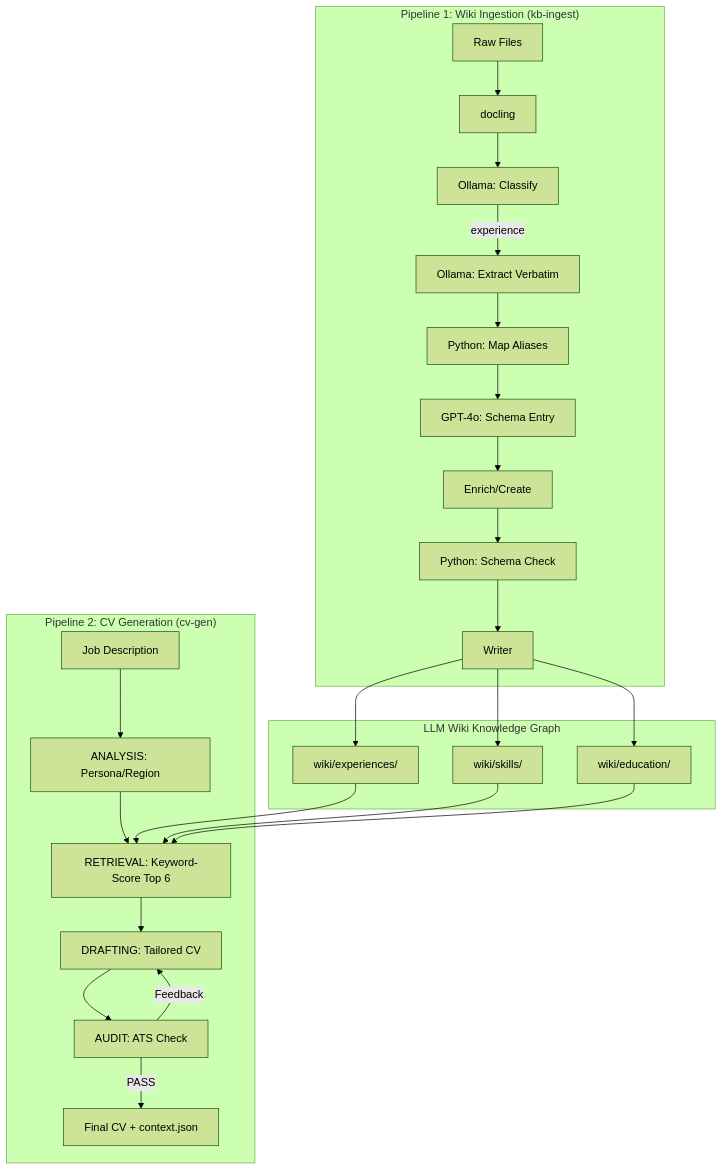
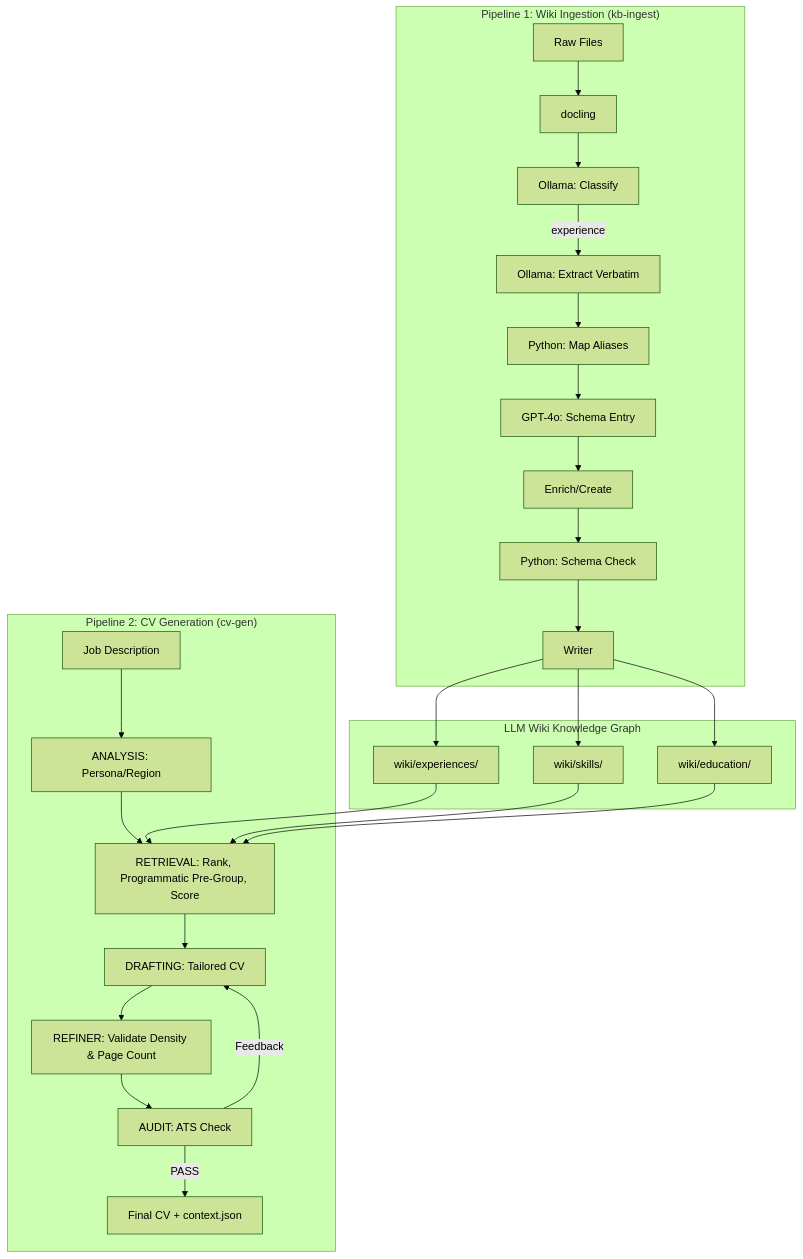
One commit to bvrabete/career-os changed the diagram in .agents/AGENTS.md. Above: the diagram before and after it, drawn with Mermaid (forest theme). The commit also changed 22 other files, not shown here.

````diff
--- a/.agents/AGENTS.md
+++ b/.agents/AGENTS.md
@@ -38,32 +38,33 @@
 ```mermaid
 graph TD
     subgraph INGESTION ["Pipeline 1: Wiki Ingestion (kb-ingest)"]
         Raw["Raw Files"] --> Parser[docling]
         Parser --> Classifier[Ollama: Classify]
         Classifier -->|experience| Extractor[Ollama: Extract Verbatim]
         Extractor --> Resolver[Python: Map Aliases]
         Resolver --> Generator[GPT-4o: Schema Entry]
         Generator --> Merger[Enrich/Create]
         Merger --> Validator[Python: Schema Check]
         Validator --> Writer[Writer]
     end
 
     subgraph WIKI ["LLM Wiki Knowledge Graph"]
         Writer --> Experiences["wiki/experiences/"]
         Writer --> Skills["wiki/skills/"]
         Writer --> Education["wiki/education/"]
     end
 
     subgraph GENERATION ["Pipeline 2: CV Generation (cv-gen)"]
         JD[Job Description] --> Analyzer[ANALYSIS: Persona/Region]
-        Analyzer --> Retriever[RETRIEVAL: Keyword-Score Top 6]
-        Retriever --> Drafter[DRAFTING: Tailored CV]
-        Drafter --> Auditor[AUDIT: ATS Check]
+        Analyzer --> Retriever["RETRIEVAL: Rank, Programmatic Pre-Group, Score"]
+        Retriever --> Drafter["DRAFTING: Tailored CV"]
+        Drafter --> Refiner["REFINER: Validate Density & Page Count"]
+        Refiner --> Auditor["AUDIT: ATS Check"]
         Auditor -->|Feedback| Drafter
-        Auditor -->|PASS| FinalCV[Final CV + context.json]
+        Auditor -->|PASS| FinalCV["Final CV + context.json"]
     end
 
     Experiences --> Retriever
     Skills --> Retriever
     Education --> Retriever
 ```
````
